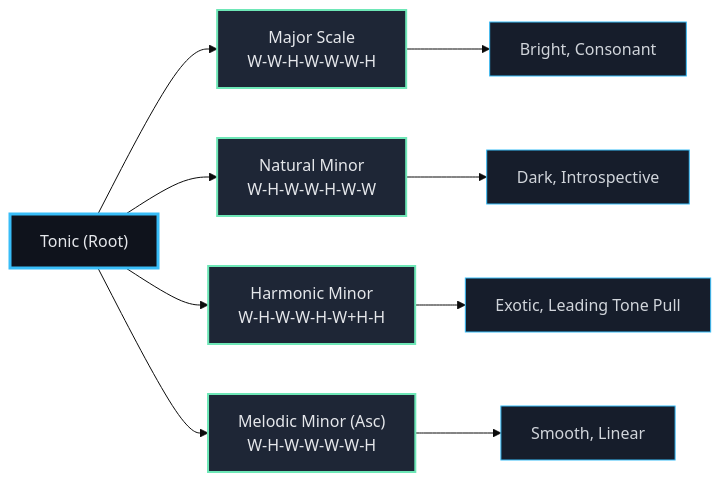
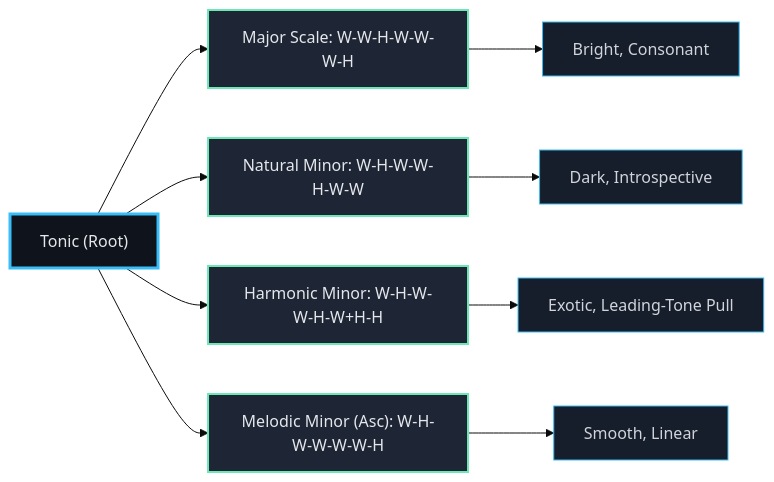
One commit to blebleblee/synapse changed the fourth of 4 diagrams in topics/arts/music_performance/strings/lesson_02_music_theory_for_strings.md. Above: the diagram before and after it, drawn with Mermaid (base theme). The commit also changed other lines of this file and 4 other files, not shown here.

````diff
--- a/topics/arts/music_performance/strings/lesson_02_music_theory_for_strings.md
+++ b/topics/arts/music_performance/strings/lesson_02_music_theory_for_strings.md
@@ -771,22 +643,22 @@
 ```mermaid
 flowchart LR
-    A["Tonic (Root)"] --> B["Major Scale\nW-W-H-W-W-W-H"]
-    A --> C["Natural Minor\nW-H-W-W-H-W-W"]
-    A --> D["Harmonic Minor\nW-H-W-W-H-W+H-H"]
-    A --> E["Melodic Minor (Asc)\nW-H-W-W-W-W-H"]
-    
-    B --> F["Bright, Consonant"]
-    C --> G["Dark, Introspective"]
-    D --> H["Exotic, Leading Tone Pull"]
-    E --> I["Smooth, Linear"]
-    
-    style A fill:#0F131C,stroke:#38BDF8,stroke-width:3px,color:#E5E7EB
-    style B fill:#1E2636,stroke:#6EE7B7,stroke-width:2px,color:#E5E7EB
-    style C fill:#1E2636,stroke:#6EE7B7,stroke-width:2px,color:#E5E7EB
-    style D fill:#1E2636,stroke:#6EE7B7,stroke-width:2px,color:#E5E7EB
-    style E fill:#1E2636,stroke:#6EE7B7,stroke-width:2px,color:#E5E7EB
-    style F fill:#161D2B,stroke:#38BDF8,stroke-width:1px,color:#D1D5DB
-    style G fill:#161D2B,stroke:#38BDF8,stroke-width:1px,color:#D1D5DB
-    style H fill:#161D2B,stroke:#38BDF8,stroke-width:1px,color:#D1D5DB
-    style I fill:#161D2B,stroke:#38BDF8,stroke-width:1px,color:#D1D5DB
+    sub_tonic["Tonic (Root)"] --> sub_major["Major Scale: W-W-H-W-W-W-H"]
+    sub_tonic --> sub_natmin["Natural Minor: W-H-W-W-H-W-W"]
+    sub_tonic --> sub_harmin["Harmonic Minor: W-H-W-W-H-W+H-H"]
+    sub_tonic --> sub_melmin["Melodic Minor (Asc): W-H-W-W-W-W-H"]
+
+    sub_major --> sub_bright["Bright, Consonant"]
+    sub_natmin --> sub_dark["Dark, Introspective"]
+    sub_harmin --> sub_exotic["Exotic, Leading-Tone Pull"]
+    sub_melmin --> sub_smooth["Smooth, Linear"]
+
+    style sub_tonic fill:#0F131C,stroke:#38BDF8,stroke-width:3px,color:#E5E7EB
+    style sub_major fill:#1E2636,stroke:#6EE7B7,stroke-width:2px,color:#E5E7EB
+    style sub_natmin fill:#1E2636,stroke:#6EE7B7,stroke-width:2px,color:#E5E7EB
+    style sub_harmin fill:#1E2636,stroke:#6EE7B7,stroke-width:2px,color:#E5E7EB
+    style sub_melmin fill:#1E2636,stroke:#6EE7B7,stroke-width:2px,color:#E5E7EB
+    style sub_bright fill:#161D2B,stroke:#38BDF8,stroke-width:1px,color:#D1D5DB
+    style sub_dark fill:#161D2B,stroke:#38BDF8,stroke-width:1px,color:#D1D5DB
+    style sub_exotic fill:#161D2B,stroke:#38BDF8,stroke-width:1px,color:#D1D5DB
+    style sub_smooth fill:#161D2B,stroke:#38BDF8,stroke-width:1px,color:#D1D5DB
 ```
````
